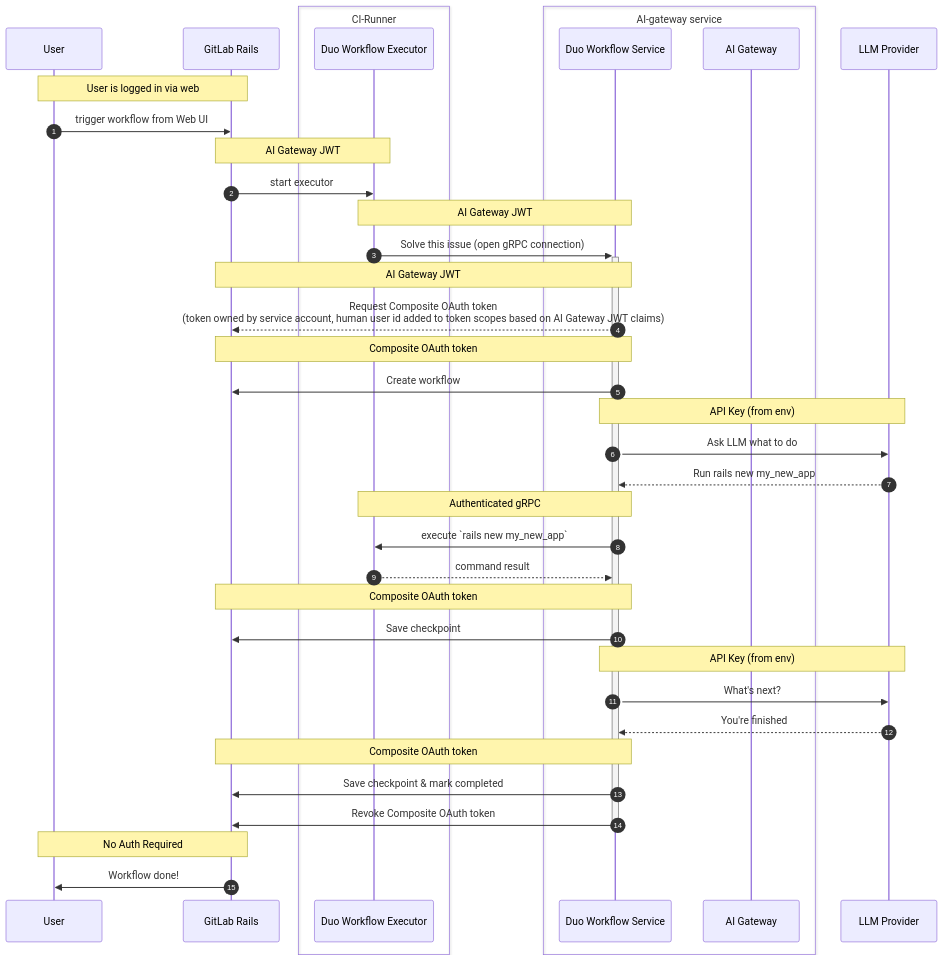
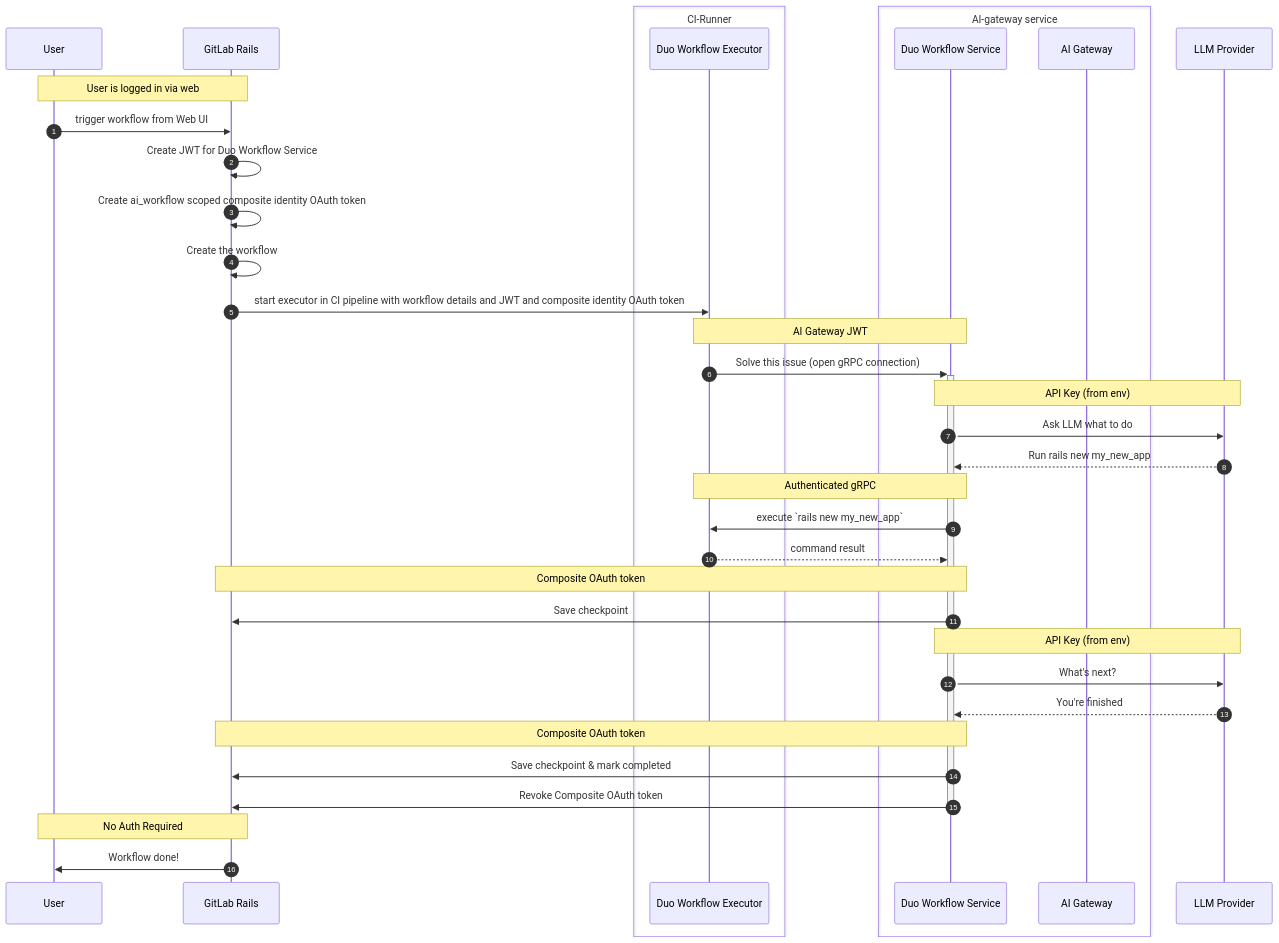
The second of 3 diagrams in content/handbook/engineering/architecture/design-documents/duo_workflow/_index.md (zalyoung/gitlab-handbook), drawn with Mermaid before and after one commit. The commit also changed other lines of this file, not shown here.

Commit message:
Update sequence diagrams to reflect reality

````diff
--- a/content/handbook/engineering/architecture/design-documents/duo_workflow/_index.md
+++ b/content/handbook/engineering/architecture/design-documents/duo_workflow/_index.md
@@ -158,53 +160,48 @@
 ```mermaid
 sequenceDiagram
     autonumber
     participant user as User
     participant gitlab_rails as GitLab Rails
     box CI-Runner #LightYellow
         participant executor as Duo Workflow Executor
     end
     box AI-gateway service #LightBlue
         participant duo_workflow_service as Duo Workflow Service
         participant ai_gateway as AI Gateway
     end
     participant llm_provider as LLM Provider
 
     note over user,gitlab_rails: User is logged in via web
     user->>gitlab_rails: trigger workflow from Web UI
+    gitlab_rails->>gitlab_rails: Create JWT for Duo Workflow Service
+    gitlab_rails->>gitlab_rails: Create ai_workflow scoped composite identity OAuth token
+    gitlab_rails->>gitlab_rails: Create the workflow
 
-    note over gitlab_rails,executor: AI Gateway JWT
-    gitlab_rails->>executor: start executor
+    gitlab_rails->>executor: start executor in CI pipeline with workflow details and JWT and composite identity OAuth token
 
     note over executor,duo_workflow_service: AI Gateway JWT
     executor->>+duo_workflow_service: Solve this issue (open gRPC connection)
-
-    note over duo_workflow_service,gitlab_rails: AI Gateway JWT
-    duo_workflow_service-->>gitlab_rails: Request Composite OAuth token<br/>(token owned by service account, human user id added to token scopes based on AI Gateway JWT claims)
-
-    note over duo_workflow_service,gitlab_rails: Composite OAuth token
-    duo_workflow_service->>gitlab_rails: Create workflow
 
     note over duo_workflow_service,llm_provider: API Key (from env)
     duo_workflow_service->>llm_provider: Ask LLM what to do
     llm_provider-->>duo_workflow_service: Run rails new my_new_app
 
     note over duo_workflow_service,executor: Authenticated gRPC
     duo_workflow_service->>executor: execute `rails new my_new_app`
     executor-->>duo_workflow_service: command result
 
     note over duo_workflow_service,gitlab_rails: Composite OAuth token
     duo_workflow_service->>gitlab_rails: Save checkpoint
 
     note over duo_workflow_service,llm_provider: API Key (from env)
     duo_workflow_service->>llm_provider: What's next?
     llm_provider-->>duo_workflow_service: You're finished
 
     note over duo_workflow_service,gitlab_rails: Composite OAuth token
     duo_workflow_service->>gitlab_rails: Save checkpoint & mark completed
     duo_workflow_service->>gitlab_rails: Revoke Composite OAuth token
     deactivate duo_workflow_service
 
     note over gitlab_rails,user: No Auth Required
     gitlab_rails->>user: Workflow done!
-
 ```
````
